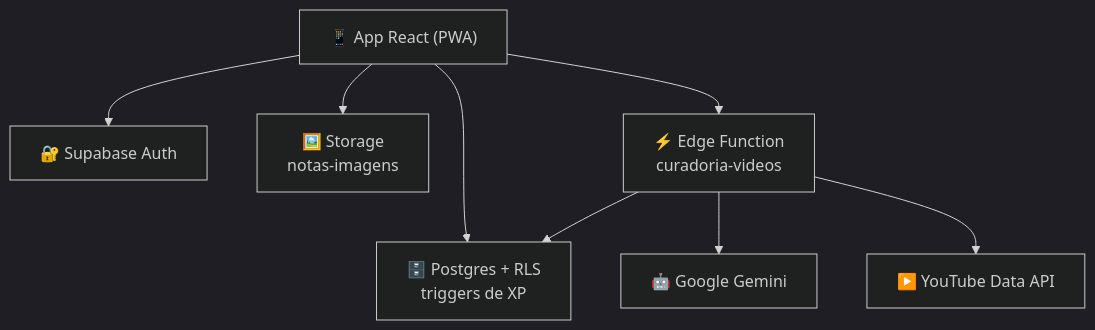
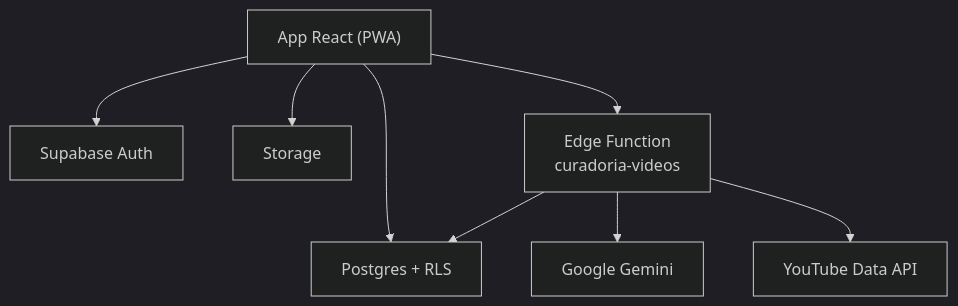
The diagram in README.md (gabvasconceloss/Trivium), drawn with Mermaid (dark theme) before and after one commit. The commit also changed other lines of this file, not shown here.

````diff
--- a/README.md
+++ b/README.md
@@ -123,18 +115,18 @@
 ```mermaid
 flowchart TD
-  U["📱 App React (PWA)"]
-  A["🔐 Supabase Auth"]
-  D["🗄️ Postgres + RLS<br/>triggers de XP"]
-  S["🖼️ Storage<br/>notas-imagens"]
-  F["⚡ Edge Function<br/>curadoria-videos"]
-  G["🤖 Google Gemini"]
-  Y["▶️ YouTube Data API"]
+  U["App React (PWA)"]
+  A["Supabase Auth"]
+  D["Postgres + RLS"]
+  S["Storage"]
+  F["Edge Function<br/>curadoria-videos"]
+  G["Google Gemini"]
+  Y["YouTube Data API"]
 
   U --> A
   U --> D
   U --> S
   U --> F
   F --> G
   F --> Y
   F --> D
 ```
````
